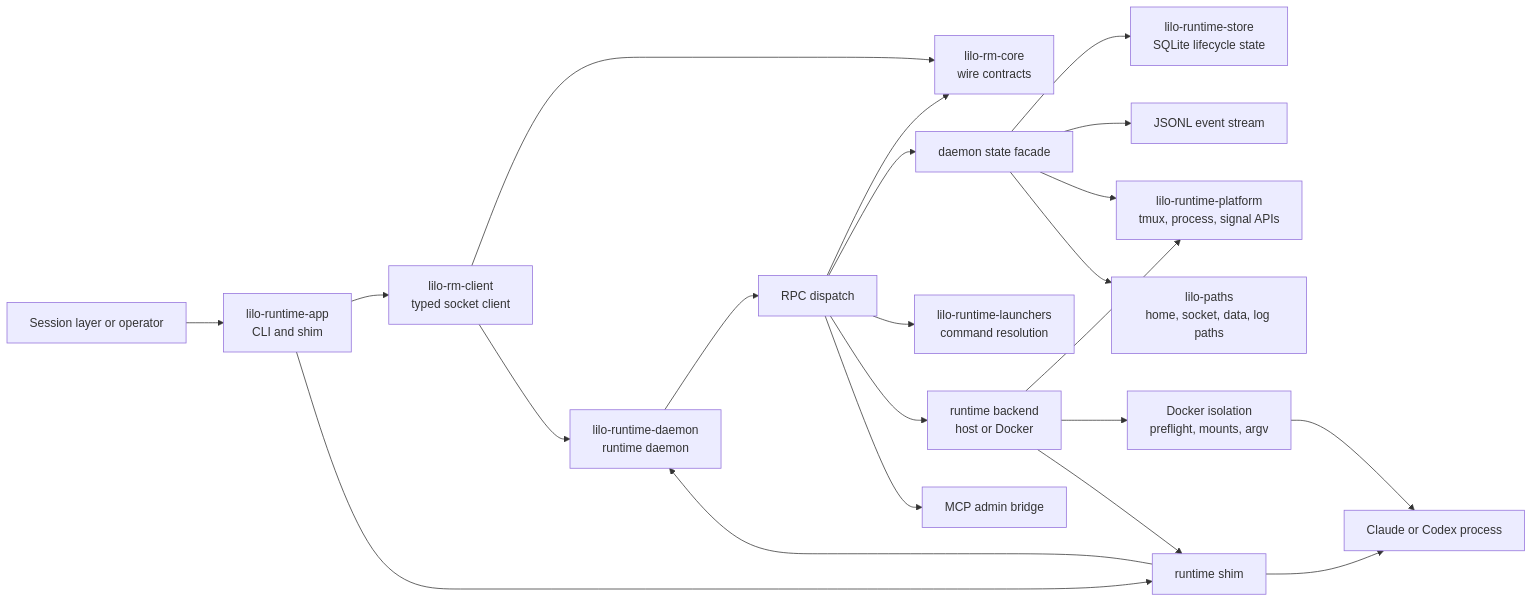
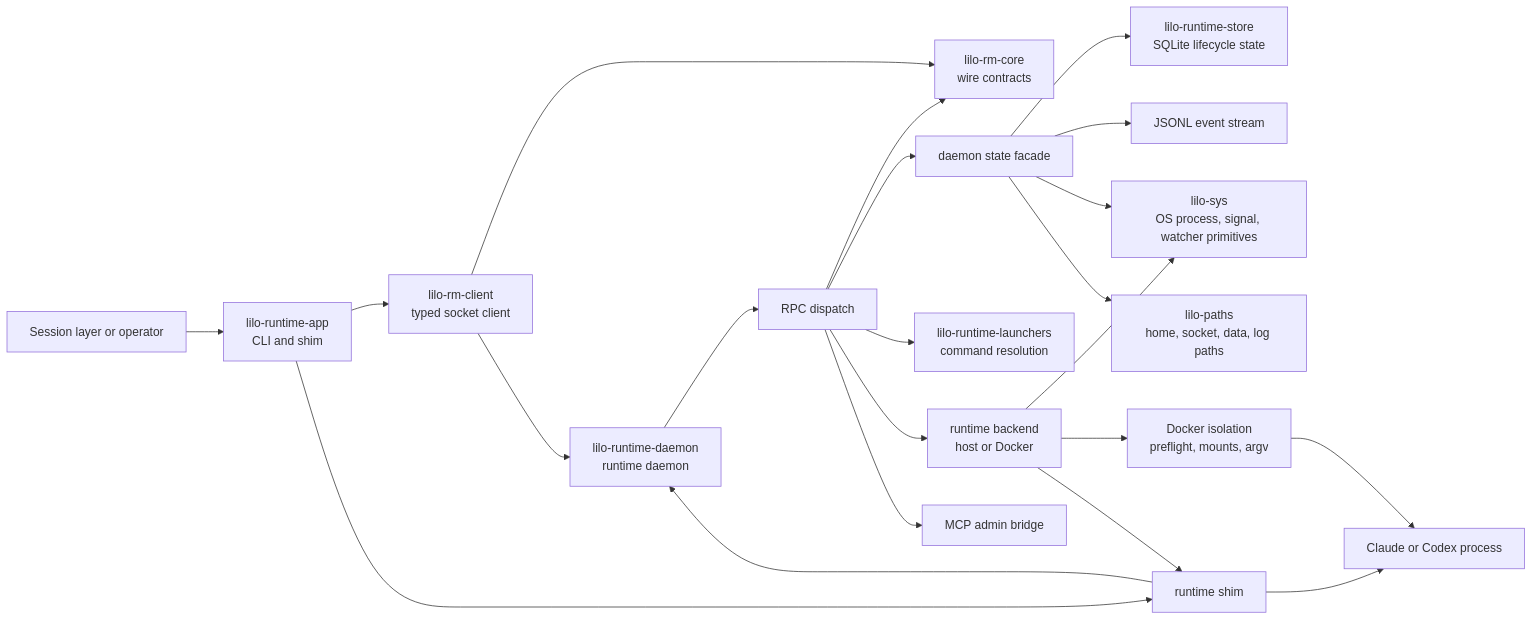
The diagram in docs/architecture/runtime.md (littleorgans/littleorgans), drawn with Mermaid before and after one commit. The commit also changed other lines of this file and 66 other files, not shown here.

First line of the commit message:
refactor: centralize OS platform seams into lilo-sys crate (#17)

````diff
--- a/docs/architecture/runtime.md
+++ b/docs/architecture/runtime.md
@@ -57,42 +57,42 @@
 ```mermaid
 flowchart LR
     User["Session layer or operator"]
     App["lilo-runtime-app<br/>CLI and shim"]
     Client["lilo-rm-client<br/>typed socket client"]
     Core["lilo-rm-core<br/>wire contracts"]
     Daemon["lilo-runtime-daemon<br/>runtime daemon"]
     Handler["RPC dispatch"]
     State["daemon state facade"]
     Store["lilo-runtime-store<br/>SQLite lifecycle state"]
     Events["JSONL event stream"]
     Launchers["lilo-runtime-launchers<br/>command resolution"]
     Backend["runtime backend<br/>host or Docker"]
-    Platform["lilo-runtime-platform<br/>tmux, process, signal APIs"]
+    Platform["lilo-sys<br/>OS process, signal, watcher primitives"]
     Paths["lilo-paths<br/>home, socket, data, log paths"]
     Docker["Docker isolation<br/>preflight, mounts, argv"]
     Shim["runtime shim"]
     Runtime["Claude or Codex process"]
     Mcp["MCP admin bridge"]
 
     User --> App
     App --> Client
     Client --> Core
     Client --> Daemon
     App --> Shim
     Daemon --> Handler
     Handler --> Core
     Handler --> State
     Handler --> Launchers
     Handler --> Backend
     Handler --> Mcp
     State --> Store
     State --> Events
     State --> Platform
     State --> Paths
     Backend --> Platform
     Backend --> Docker
     Backend --> Shim
     Docker --> Runtime
     Shim --> Runtime
     Shim --> Daemon
 ```
````
